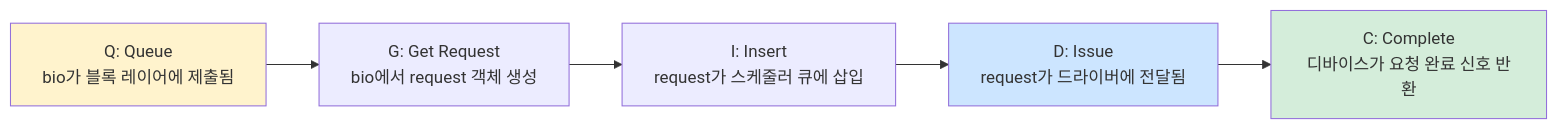
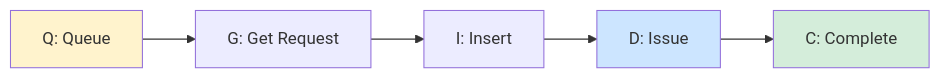
The second of 4 diagrams in content/linux/performance/disk-io-performance.md (moonblueblue/devops-wiki), drawn with Mermaid before and after one commit. The commit also changed other lines of this file and 12 other files, not shown here.

First line of the commit message:
style: linux 섹션 전체 ASCII art 제거 및 Mermaid 규칙 적용

````diff
--- a/content/linux/performance/disk-io-performance.md
+++ b/content/linux/performance/disk-io-performance.md
@@ -206,14 +205,8 @@
 ```mermaid
 graph LR
-    Q["Q: Queue<br/>bio가 블록 레이어에 제출됨"]
-    G["G: Get Request<br/>bio에서 request 객체 생성"]
-    I["I: Insert<br/>request가 스케줄러 큐에 삽입"]
-    D["D: Issue<br/>request가 드라이버에 전달됨"]
-    C["C: Complete<br/>디바이스가 요청 완료 신호 반환"]
-
-    Q --> G --> I --> D --> C
+    Q["Q: Queue"] --> G["G: Get Request"] --> I["I: Insert"] --> D["D: Issue"] --> C["C: Complete"]
 
     style Q fill:#fff3cd
     style D fill:#cce5ff
     style C fill:#d4edda
 ```
````
